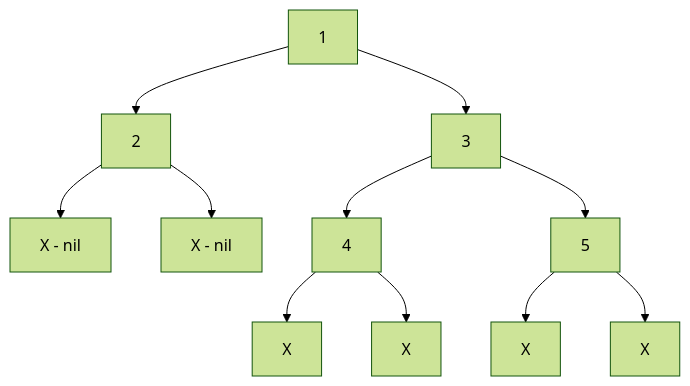
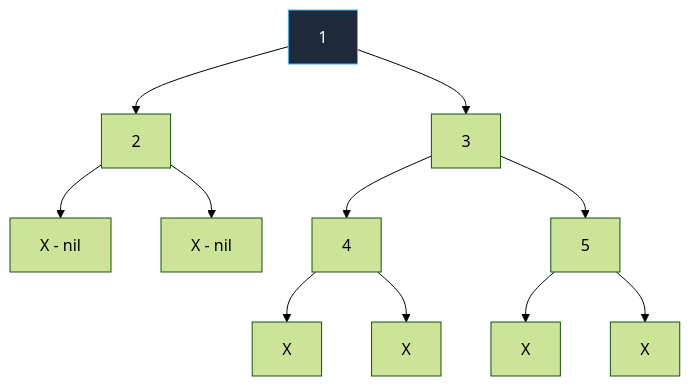
The diagram in sources/21. Задачи с LeetCode и собеседований на Go/02. Задачи/13. Деревья/8. Serialize and Deserialize Binary Tree.md (UnrealTemplier/go-textbook), drawn with Mermaid (forest theme) before and after one commit. The commit also changed 1666 other files, not shown here.

First line of the commit message:
feat(mermaid): add semantic color classDef to 1369 colorless flowchart/graph diagrams

````diff
--- a/sources/21. Задачи с LeetCode и собеседований на Go/02. Задачи/13. Деревья/8. Serialize and Deserialize Binary Tree.md
+++ b/sources/21. Задачи с LeetCode и собеседований на Go/02. Задачи/13. Деревья/8. Serialize and Deserialize Binary Tree.md
@@ -57,13 +57,23 @@
 ```mermaid
 graph TD
-    A["1"] --> B["2"]
+    classDef process  fill:#1e293b,stroke:#38bdf8,stroke-width:1px,color:#f8fafc
+    classDef success  fill:#064e3b,stroke:#34d399,stroke-width:1px,color:#f8fafc
+    classDef error    fill:#7f1d1d,stroke:#f87171,stroke-width:1px,color:#f8fafc
+    classDef warning  fill:#78350f,stroke:#fbbf24,stroke-width:1px,color:#f8fafc
+    classDef entry    fill:#1e3a5f,stroke:#38bdf8,stroke-width:2px,color:#f8fafc
+    classDef aux      fill:#334155,stroke:#64748b,stroke-width:1px,color:#f8fafc
+    classDef system   fill:#312e81,stroke:#a78bfa,stroke-width:1px,color:#f8fafc
+    classDef data     fill:#132d29,stroke:#2dd4bf,stroke-width:1px,color:#f8fafc
+    classDef network  fill:#881337,stroke:#fb7185,stroke-width:1px,color:#f8fafc
+    classDef accent   fill:#1e1b4b,stroke:#818cf8,stroke-width:1px,color:#f8fafc
+    A["1"]:::process --> B["2"]
     A --> C["3"]
     B --> D["X - nil"]
     B --> E["X - nil"]
     C --> F["4"]
     C --> G["5"]
     F --> H["X"]
     F --> I["X"]
     G --> J["X"]
     G --> K["X"]
 ```
````
